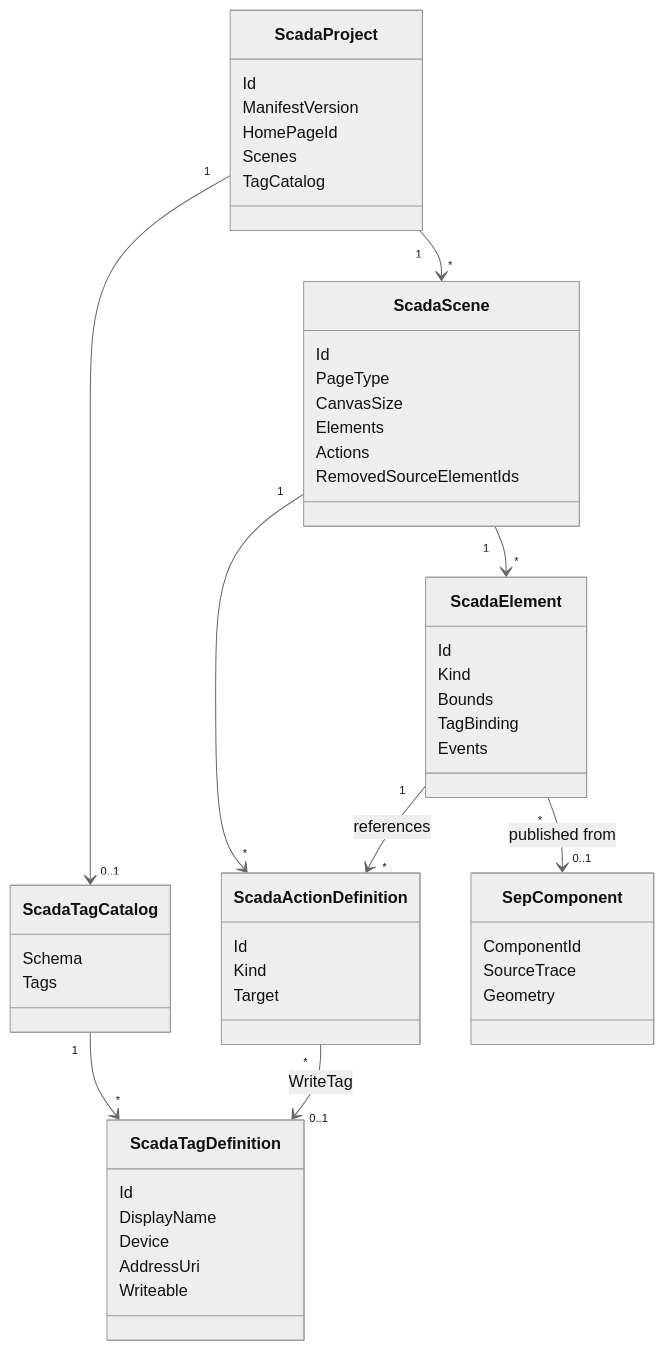
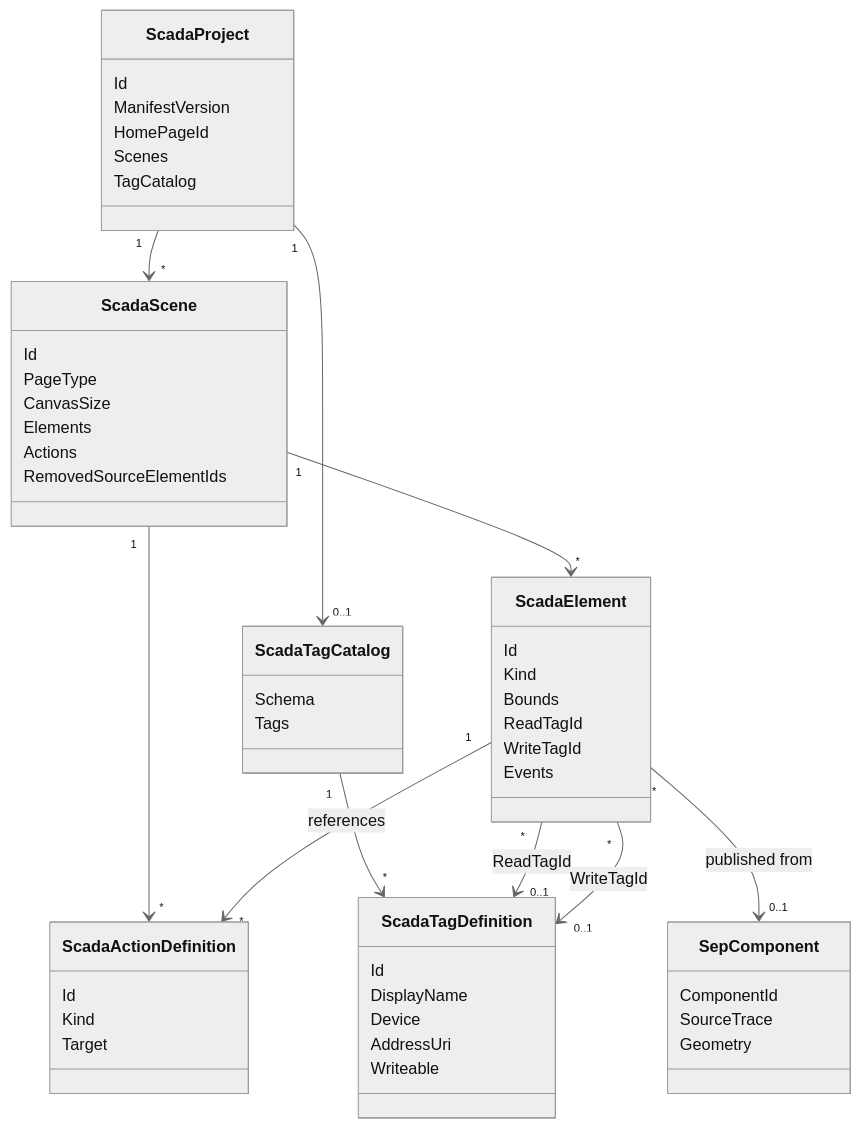
One commit to technologiesflorizon/scadabuilder changed the diagram in docs/02_architecture/DATA_MODEL_OVERVIEW_V2.md. Above: the diagram before and after it, drawn with Mermaid (neutral theme). The commit also changed other lines of this file and 22 other files, not shown here.

Commit message:
Add Element+ tag value bindings

````diff
--- a/docs/02_architecture/DATA_MODEL_OVERVIEW_V2.md
+++ b/docs/02_architecture/DATA_MODEL_OVERVIEW_V2.md
@@ -24,54 +25,56 @@
 ```mermaid
 classDiagram
   class ScadaProject {
     Id
     ManifestVersion
     HomePageId
     Scenes
     TagCatalog
   }
   class ScadaTagCatalog {
     Schema
     Tags
   }
   class ScadaTagDefinition {
     Id
     DisplayName
     Device
     AddressUri
     Writeable
   }
   class ScadaScene {
     Id
     PageType
     CanvasSize
     Elements
     Actions
     RemovedSourceElementIds
   }
   class ScadaElement {
     Id
     Kind
     Bounds
-    TagBinding
+    ReadTagId
+    WriteTagId
     Events
   }
   class ScadaActionDefinition {
     Id
     Kind
     Target
   }
   class SepComponent {
     ComponentId
     SourceTrace
     Geometry
   }
   ScadaProject "1" --> "*" ScadaScene
   ScadaProject "1" --> "0..1" ScadaTagCatalog
   ScadaTagCatalog "1" --> "*" ScadaTagDefinition
   ScadaScene "1" --> "*" ScadaElement
   ScadaScene "1" --> "*" ScadaActionDefinition
   ScadaElement "1" --> "*" ScadaActionDefinition : references
-  ScadaActionDefinition "*" --> "0..1" ScadaTagDefinition : WriteTag
+  ScadaElement "*" --> "0..1" ScadaTagDefinition : ReadTagId
+  ScadaElement "*" --> "0..1" ScadaTagDefinition : WriteTagId
   ScadaElement "*" --> "0..1" SepComponent : published from
 ```
````
